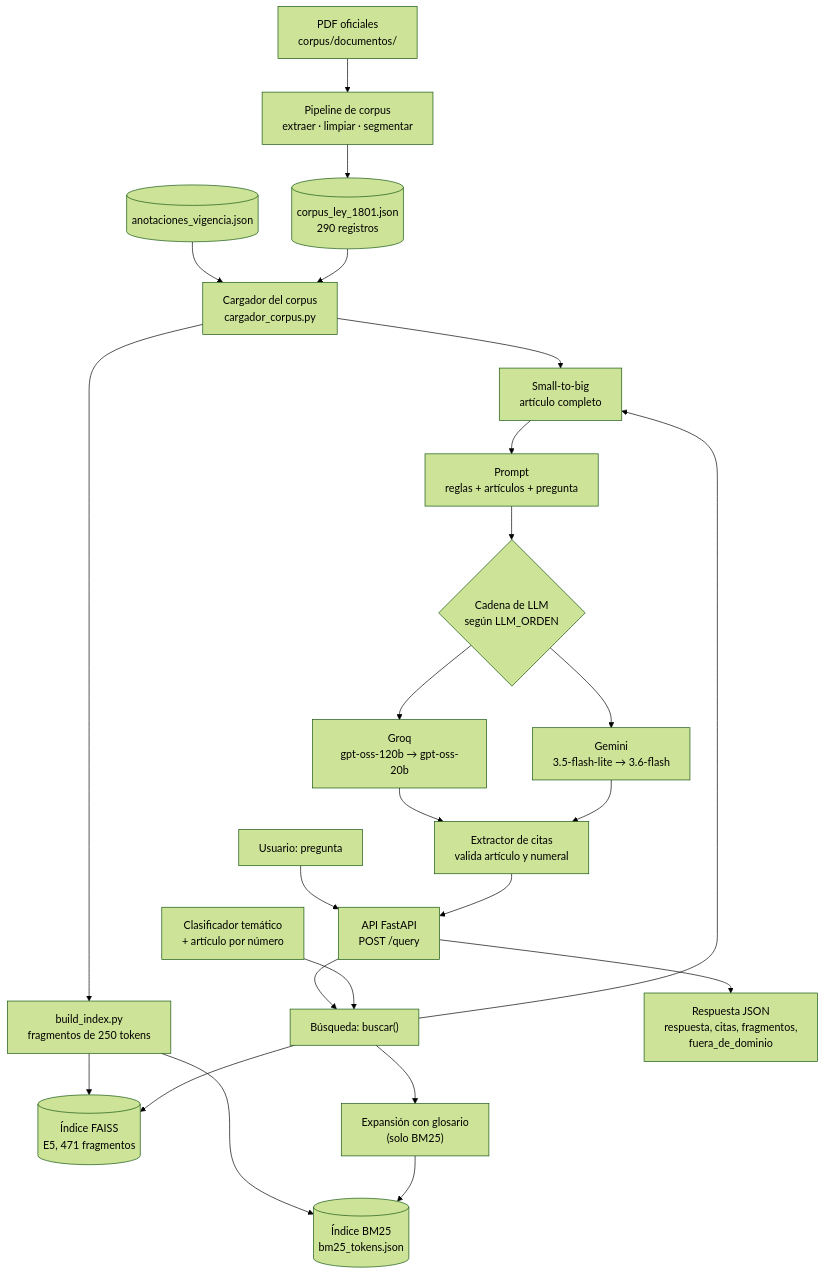
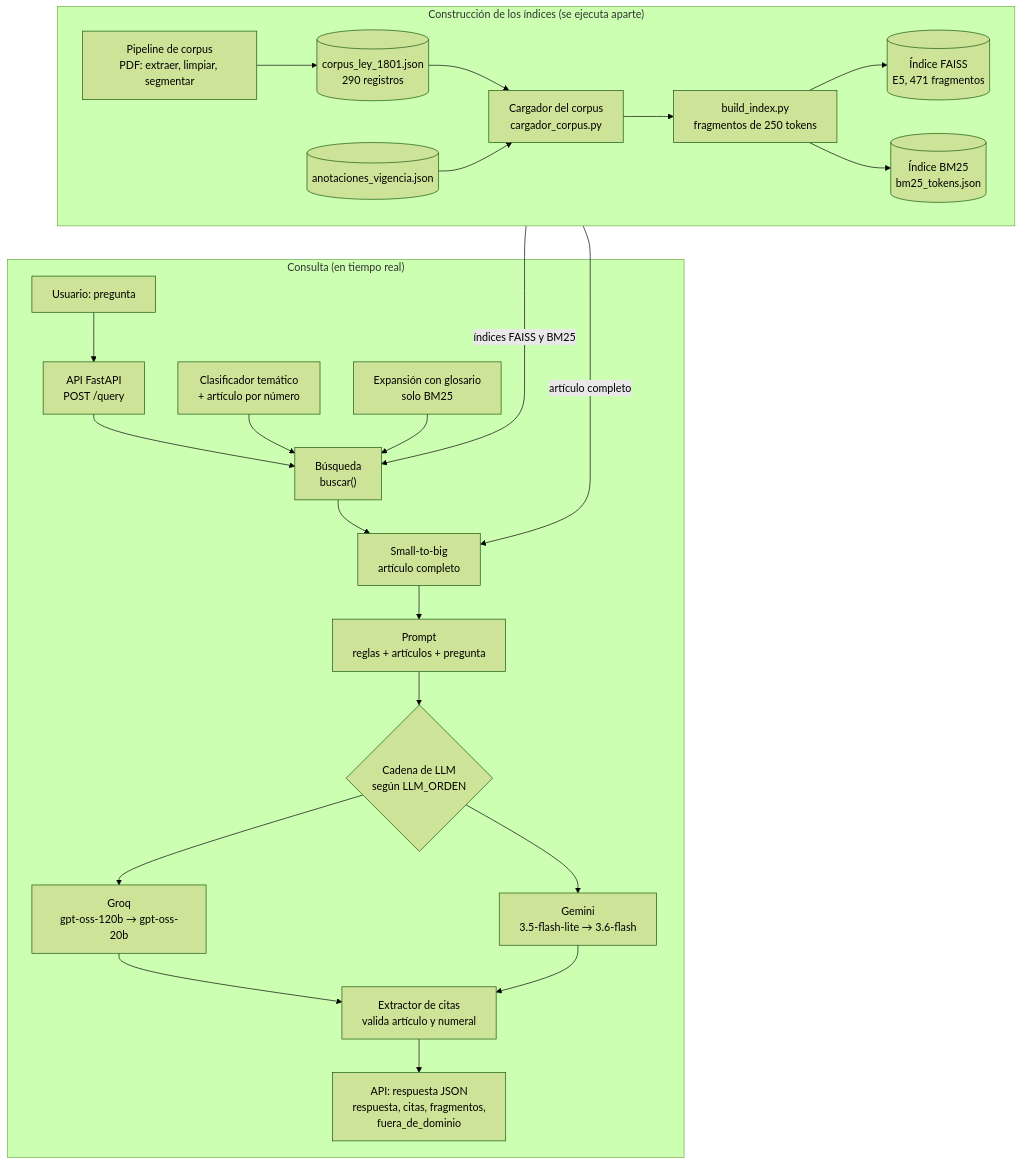
The diagram in docs/informe_avance.md (DuvanObando/policia-rag-chatbot), drawn with Mermaid (forest theme) before and after one commit. The commit also changed other lines of this file and 1 other file, not shown here.

Commit message:
Informe de avance en PDF (docs/entregas) y diagrama Mermaid más claro
- docs/entregas/informe_avance.pdf: informe con portada, tabla de contenido con número de
  página, tablas, el diagrama Mermaid renderizado y los PNG de docs/diagramas/ (21 páginas).
  Generado con el Chrome local en modo headless; docs/entregas/ sí se versiona
  (.gitignore solo ignora docs/*.pdf).
- docs/informe_avance.md: el diagrama Mermaid se separa en construcción de índices y consulta
  en tiempo real, y la regla 5b del prompt queda como subpunto de la regla 5.

````diff
--- a/docs/informe_avance.md
+++ b/docs/informe_avance.md
@@ -33,27 +33,29 @@
 ```mermaid
-flowchart TD
-    PDF["PDF oficiales<br/>corpus/documentos/"] --> PIPE["Pipeline de corpus<br/>extraer · limpiar · segmentar"]
-    PIPE --> CORPUS[("corpus_ley_1801.json<br/>290 registros")]
-    ANOT[("anotaciones_vigencia.json")] --> CARG
-    CORPUS --> CARG["Cargador del corpus<br/>cargador_corpus.py"]
-    CARG --> BUILD["build_index.py<br/>fragmentos de 250 tokens"]
-    BUILD --> FAISS[("Índice FAISS<br/>E5, 471 fragmentos")]
-    BUILD --> BM25[("Índice BM25<br/>bm25_tokens.json")]
-
-    U["Usuario: pregunta"] --> API["API FastAPI<br/>POST /query"]
-    API --> BUS["Búsqueda: buscar()"]
-    CLAS["Clasificador temático<br/>+ artículo por número"] --> BUS
-    EXP["Expansión con glosario<br/>(solo BM25)"] --> BM25
-    BUS --> FAISS
-    BUS --> EXP
-    BUS --> SB["Small-to-big<br/>artículo completo"]
-    CARG --> SB
-    SB --> PR["Prompt<br/>reglas + artículos + pregunta"]
-    PR --> LLM{"Cadena de LLM<br/>según LLM_ORDEN"}
-    LLM --> GROQ["Groq<br/>gpt-oss-120b → gpt-oss-20b"]
-    LLM --> GEM["Gemini<br/>3.5-flash-lite → 3.6-flash"]
-    GROQ --> CIT["Extractor de citas<br/>valida artículo y numeral"]
-    GEM --> CIT
-    CIT --> API
-    API --> R["Respuesta JSON<br/>respuesta, citas, fragmentos,<br/>fuera_de_dominio"]
+flowchart TB
+    subgraph OFF["Construcción de los índices (se ejecuta aparte)"]
+        direction LR
+        PIPE["Pipeline de corpus<br/>PDF: extraer, limpiar, segmentar"] --> CORPUS[("corpus_ley_1801.json<br/>290 registros")]
+        CORPUS --> CARG["Cargador del corpus<br/>cargador_corpus.py"]
+        ANOT[("anotaciones_vigencia.json")] --> CARG
+        CARG --> BUILD["build_index.py<br/>fragmentos de 250 tokens"]
+        BUILD --> FAISS[("Índice FAISS<br/>E5, 471 fragmentos")]
+        BUILD --> BM25[("Índice BM25<br/>bm25_tokens.json")]
+    end
+    subgraph ON["Consulta (en tiempo real)"]
+        U["Usuario: pregunta"] --> API["API FastAPI<br/>POST /query"]
+        API --> BUS["Búsqueda<br/>buscar()"]
+        CLAS["Clasificador temático<br/>+ artículo por número"] --> BUS
+        EXP["Expansión con glosario<br/>solo BM25"] --> BUS
+        BUS --> SB["Small-to-big<br/>artículo completo"]
+        SB --> PR["Prompt<br/>reglas + artículos + pregunta"]
+        PR --> LLM{"Cadena de LLM<br/>según LLM_ORDEN"}
+        LLM --> GROQ["Groq<br/>gpt-oss-120b → gpt-oss-20b"]
+        LLM --> GEM["Gemini<br/>3.5-flash-lite → 3.6-flash"]
+        GROQ --> CIT["Extractor de citas<br/>valida artículo y numeral"]
+        GEM --> CIT
+        CIT --> R["API: respuesta JSON<br/>respuesta, citas, fragmentos,<br/>fuera_de_dominio"]
+    end
+    OFF ~~~ U
+    OFF -->|"índices FAISS y BM25"| BUS
+    OFF -->|"artículo completo"| SB
 ```
````
